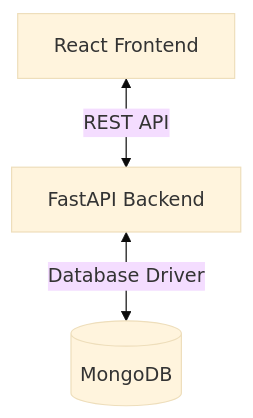
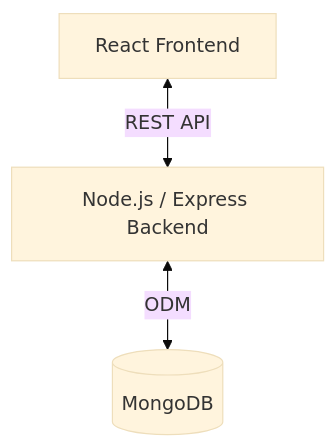
One commit to SabiqHashil/Subscription-Manager changed the diagram in docs/SYSTEM_ARCHITECTURE.md. Above: the diagram before and after it, drawn with Mermaid (base theme). The commit also changed other lines of this file and 49 other files, not shown here.

````diff
--- a/docs/SYSTEM_ARCHITECTURE.md
+++ b/docs/SYSTEM_ARCHITECTURE.md
@@ -10,5 +10,5 @@
 ```mermaid
 graph TD
-    Client[React Frontend] <-->|REST API| Server[FastAPI Backend]
-    Server <-->|Database Driver| DB[(MongoDB)]
+    Client[React Frontend] <-->|REST API| Server[Node.js / Express Backend]
+    Server <-->|ODM| DB[(MongoDB)]
 ```
````
